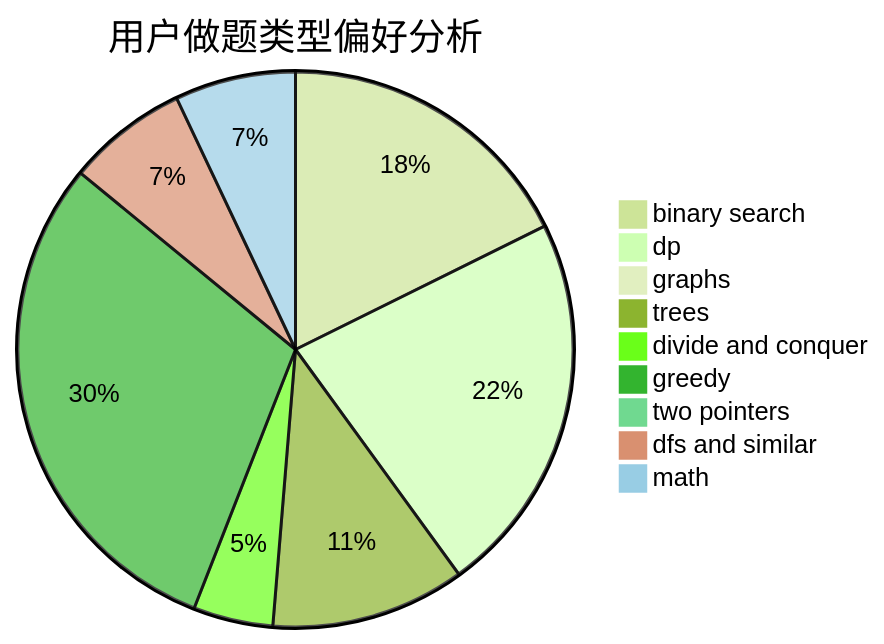
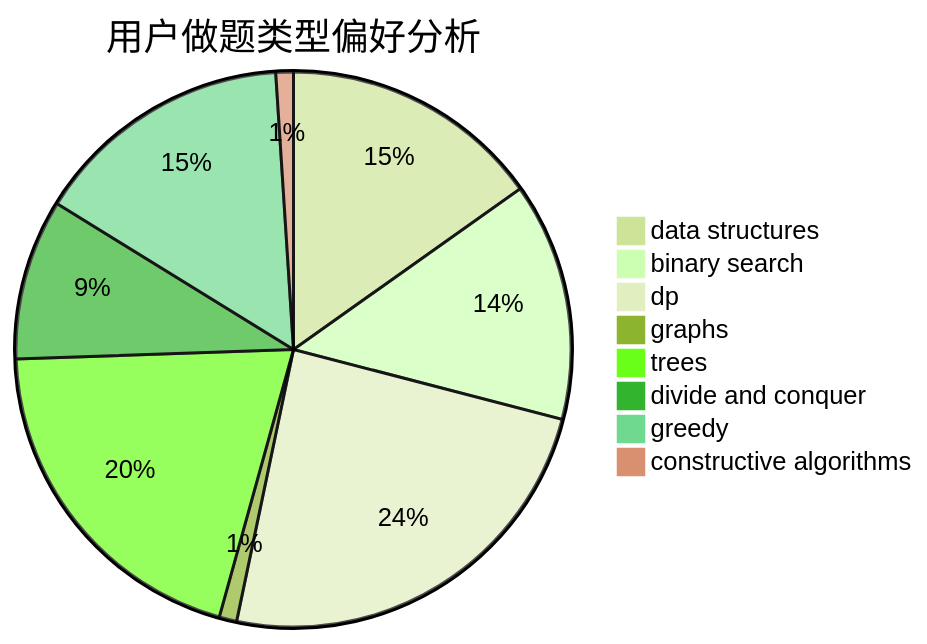
One commit to sherpahu/cfrs.github.io changed the second of 3 diagrams in docs/user/u1098.md. Above: the diagram before and after it, drawn with Mermaid (forest theme). The commit also changed other lines of this file and 2775 other files, not shown here.

````diff
--- a/docs/user/u1098.md
+++ b/docs/user/u1098.md
@@ -23,12 +23,11 @@
 ```mermaid
 pie title 用户做题类型偏好分析
-    "binary search" :  244
-    "dp" :  308
-    "graphs" :  10
-    "trees" :  156
+    "data structures" :  104
+    "binary search" :  95
+    "dp" :  166
+    "graphs" :  7
+    "trees" :  138
     "divide and conquer" :  64
-    "greedy" :  414
-    "two pointers" :  1
-    "dfs and similar" :  97
-    "math" :  97
+    "greedy" :  104
+    "constructive algorithms" :  7
 ```
````
